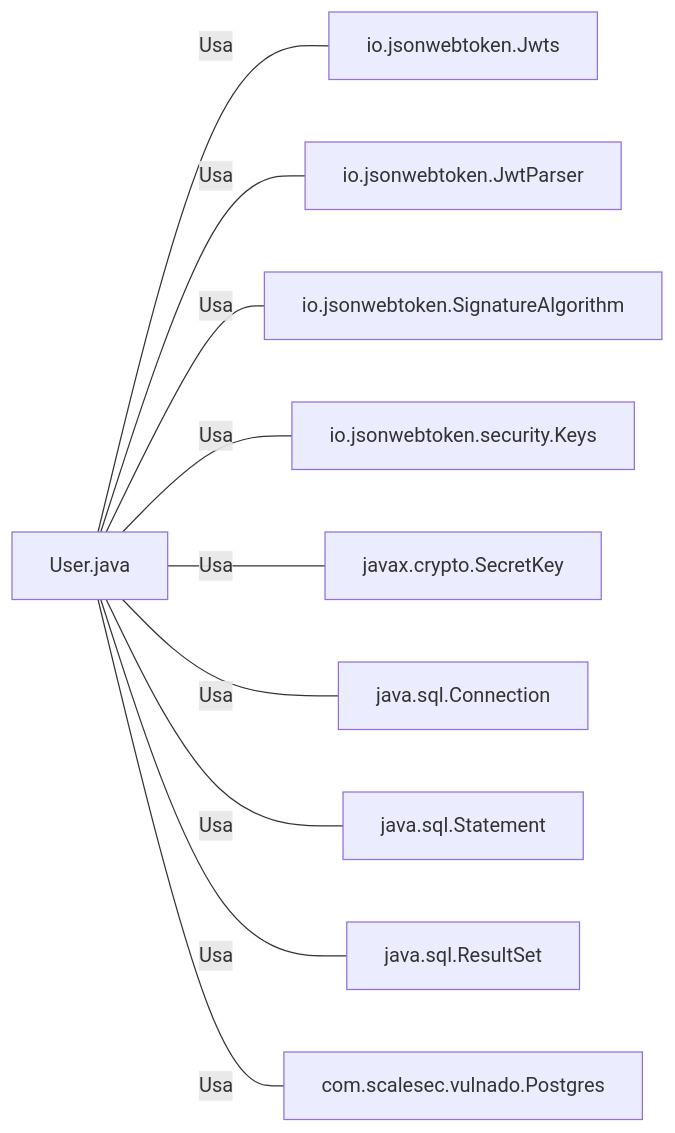
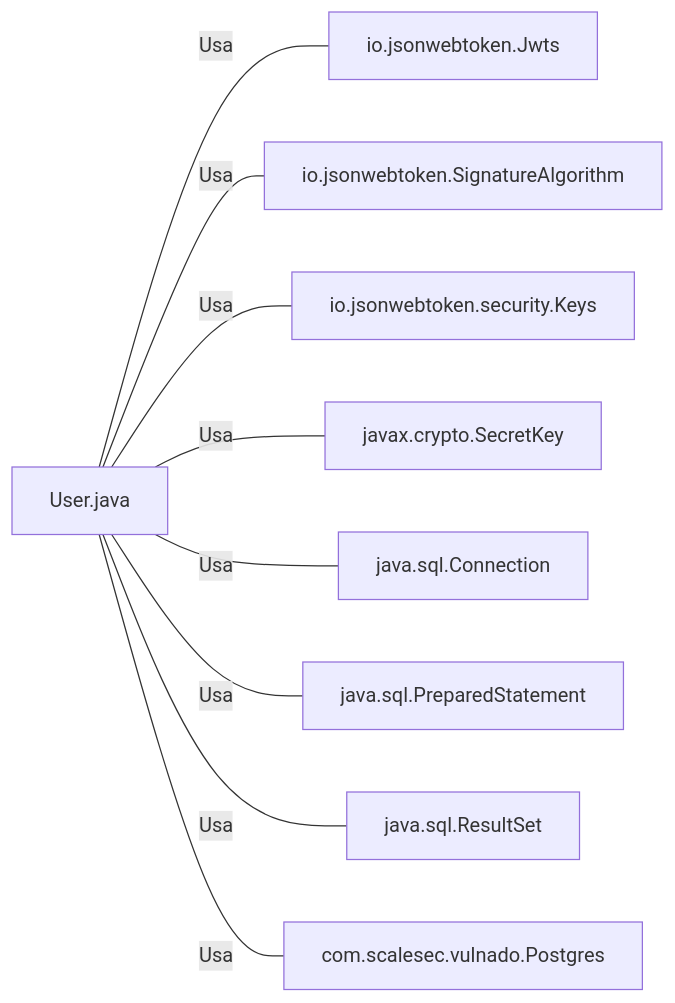
The second of 2 diagrams in wiki/src/test/java/com/scalesec/vulnado/User.java.md.java.md (gftaimpact/demo-java-citi), drawn with Mermaid before and after one commit. The commit also changed other lines of this file and 1 other file, not shown here.

````diff
--- a/wiki/src/test/java/com/scalesec/vulnado/User.java.md.java.md
+++ b/wiki/src/test/java/com/scalesec/vulnado/User.java.md.java.md
@@ -25,12 +27,11 @@
 ```mermaid
 graph LR
     User.java --- |"Usa"| io.jsonwebtoken.Jwts
-    User.java --- |"Usa"| io.jsonwebtoken.JwtParser
     User.java --- |"Usa"| io.jsonwebtoken.SignatureAlgorithm
     User.java --- |"Usa"| io.jsonwebtoken.security.Keys
     User.java --- |"Usa"| javax.crypto.SecretKey
     User.java --- |"Usa"| java.sql.Connection
-    User.java --- |"Usa"| java.sql.Statement
+    User.java --- |"Usa"| java.sql.PreparedStatement
     User.java --- |"Usa"| java.sql.ResultSet
     User.java --- |"Usa"| com.scalesec.vulnado.Postgres
 ```
````
